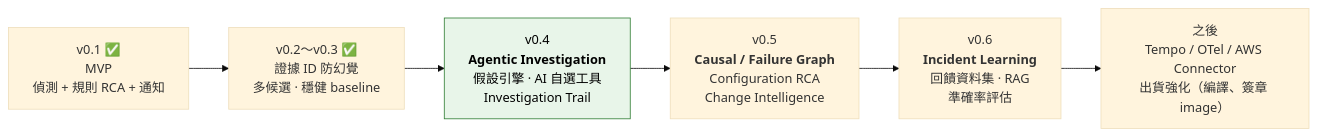
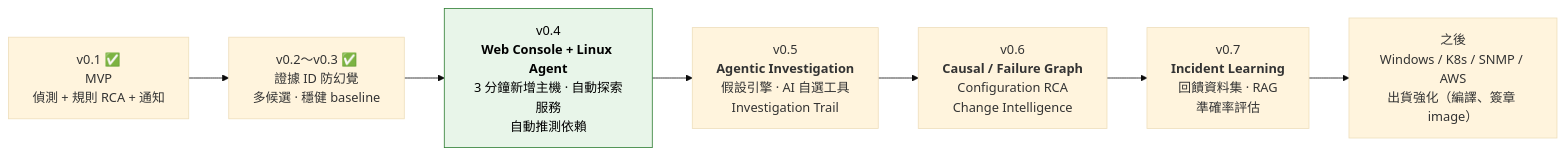
Before and after one commit to kingchen0617/system-tool: diagram 11 of 11 in docs/product-flowcharts.md, drawn with Mermaid (base theme). The commit also changed other lines of this file, not shown here.

Commit message:
docs: Roadmap 調整，v0.4 改為 Web Console + Linux Agent

````diff
--- a/docs/product-flowcharts.md
+++ b/docs/product-flowcharts.md
@@ -261,10 +261,11 @@
 ```mermaid
 flowchart LR
     V1["v0.1 ✅<br/>MVP<br/>偵測 + 規則 RCA + 通知"] --> V2["v0.2～v0.3 ✅<br/>證據 ID 防幻覺<br/>多候選 · 穩健 baseline"]
-    V2 --> V4["v0.4<br/><b>Agentic Investigation</b><br/>假設引擎 · AI 自選工具<br/>Investigation Trail"]:::next
-    V4 --> V5["v0.5<br/><b>Causal / Failure Graph</b><br/>Configuration RCA<br/>Change Intelligence"]
-    V5 --> V6["v0.6<br/><b>Incident Learning</b><br/>回饋資料集 · RAG<br/>準確率評估"]
-    V6 --> V7["之後<br/>Tempo / OTel / AWS Connector<br/>出貨強化（編譯、簽章 image）"]
+    V2 --> V4["v0.4<br/><b>Web Console + Linux Agent</b><br/>3 分鐘新增主機 · 自動探索服務<br/>自動推測依賴"]:::next
+    V4 --> V5["v0.5<br/><b>Agentic Investigation</b><br/>假設引擎 · AI 自選工具<br/>Investigation Trail"]
+    V5 --> V6["v0.6<br/><b>Causal / Failure Graph</b><br/>Configuration RCA<br/>Change Intelligence"]
+    V6 --> V7["v0.7<br/><b>Incident Learning</b><br/>回饋資料集 · RAG<br/>準確率評估"]
+    V7 --> V8["之後<br/>Windows / K8s / SNMP / AWS<br/>出貨強化（編譯、簽章 image）"]
 
     classDef next fill:#e8f5e9,stroke:#2e7d32,color:#000
 ```
````
